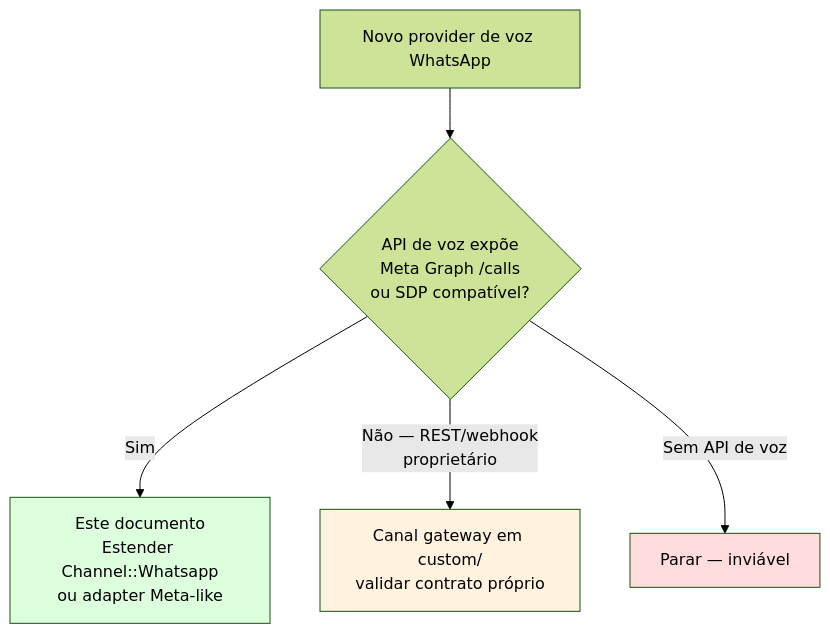
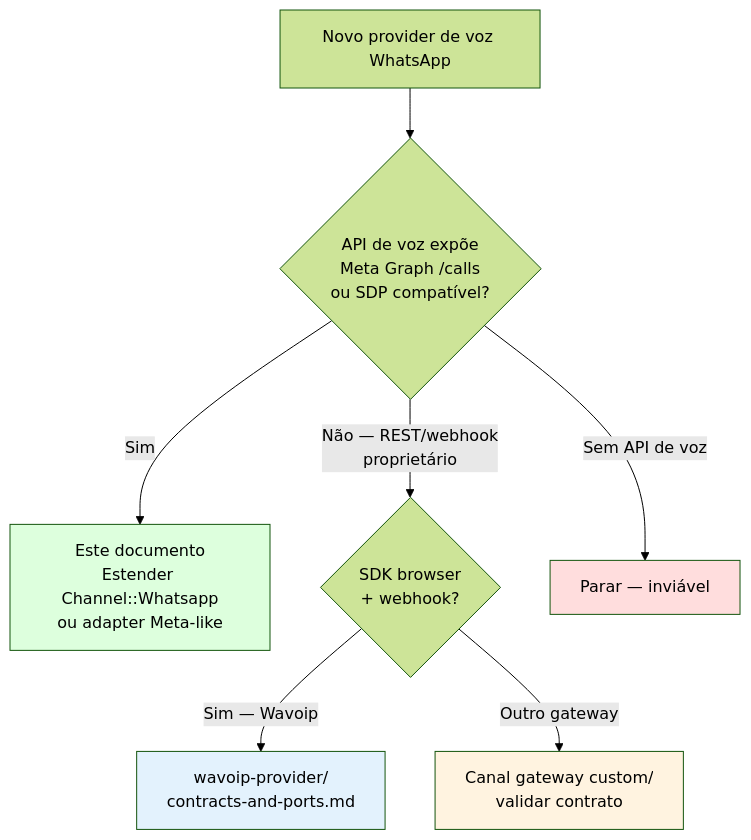
The first of 2 diagrams in doc/feature/whatsapp-voice/second-provider-strategy.md (cesar-carlos/chatwoot), drawn with Mermaid (forest theme) before and after one commit. The commit also changed other lines of this file and 25 other files, not shown here.

````diff
--- a/doc/feature/whatsapp-voice/second-provider-strategy.md
+++ b/doc/feature/whatsapp-voice/second-provider-strategy.md
@@ -11,12 +11,15 @@
 ```mermaid
 flowchart TD
   START["Novo provider de voz WhatsApp"]
   START --> Q1{"API de voz expõe<br/>Meta Graph /calls<br/>ou SDP compatível?"}
   Q1 -->|Sim| META["Este documento<br/>Estender Channel::Whatsapp<br/>ou adapter Meta-like"]
-  Q1 -->|Não — REST/webhook<br/>proprietário| GW["Canal gateway em custom/<br/>validar contrato próprio"]
+  Q1 -->|Não — REST/webhook<br/>proprietário| Q1B{"SDK browser<br/>+ webhook?"}
+  Q1B -->|Sim — Wavoip| WAV["wavoip-provider/<br/>contracts-and-ports.md"]
+  Q1B -->|Outro gateway| GW["Canal gateway custom/<br/>validar contrato"]
   Q1 -->|Sem API de voz| STOP["Parar — inviável"]
 
   style META fill:#dfd
+  style WAV fill:#e3f2fd
   style GW fill:#fff3e0
   style STOP fill:#fdd
 ```
````
